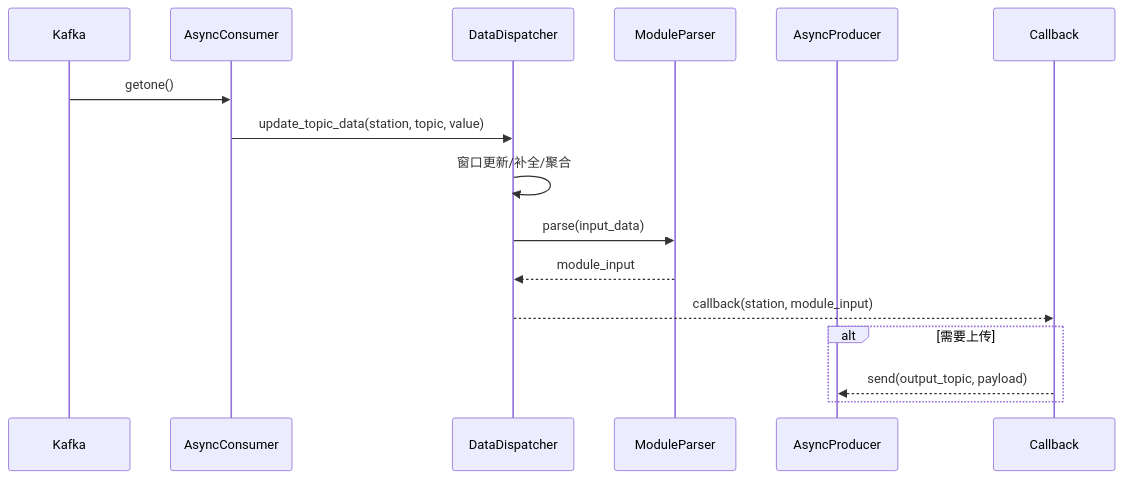
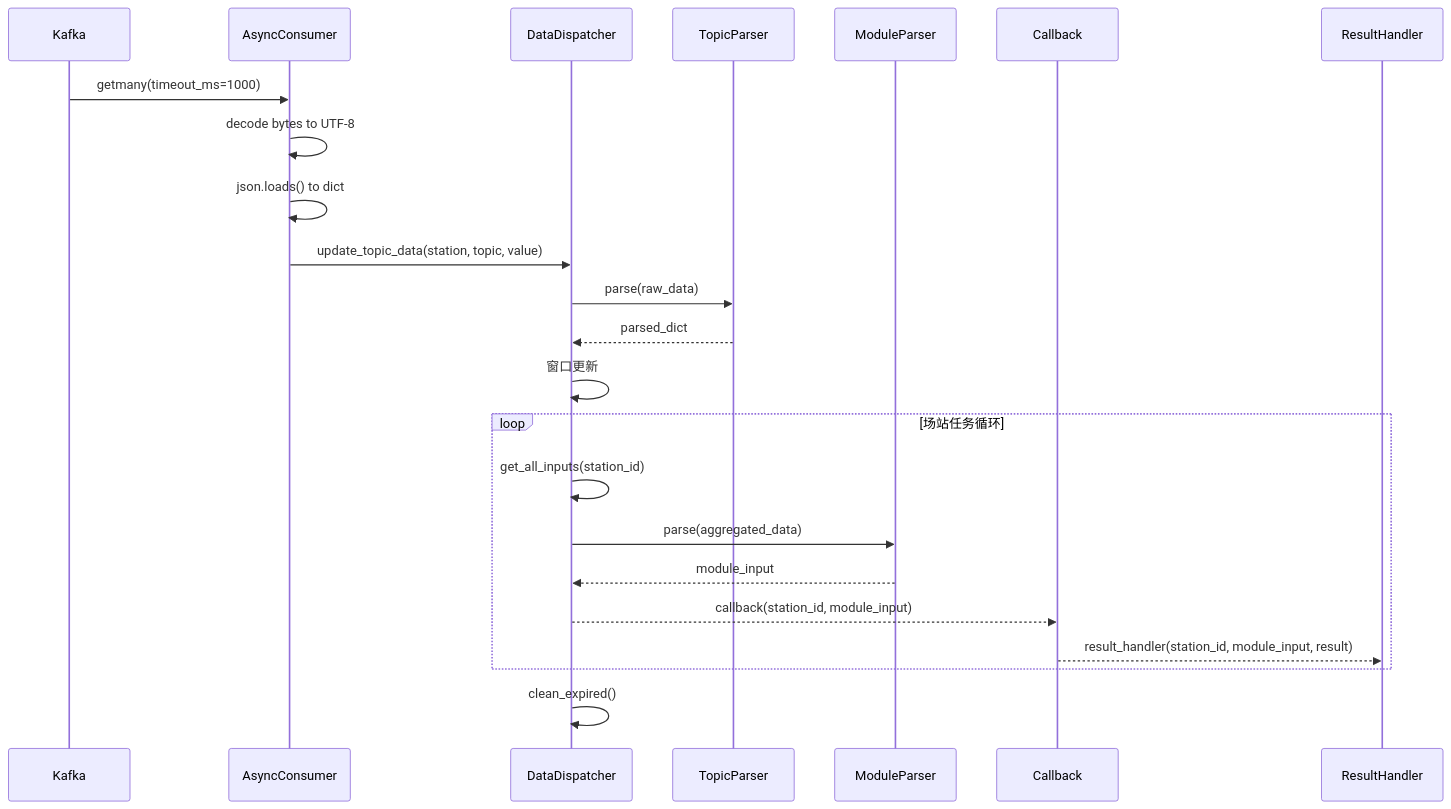
One commit to fenwickxie/data_analysis changed the diagram in d_a/doc/ALGORITHM_DESIGN_SPEC.md. Above: the diagram before and after it, drawn with Mermaid. The commit also changed other lines of this file and 12 other files, not shown here.

Commit message:
uniform topic parser

````diff
--- a/d_a/doc/ALGORITHM_DESIGN_SPEC.md
+++ b/d_a/doc/ALGORITHM_DESIGN_SPEC.md
@@ -43,19 +59,26 @@
 ```mermaid
 sequenceDiagram
     participant K as Kafka
     participant C as AsyncConsumer
     participant D as DataDispatcher
-    participant M as ModuleParser
-    participant P as AsyncProducer
+    participant TP as TopicParser
+    participant MP as ModuleParser
     participant CB as Callback
+    participant RH as ResultHandler
 
-    K->>C: getone()
+    K->>C: getmany(timeout_ms=1000)
+    C->>C: decode bytes to UTF-8
+    C->>C: json.loads() to dict
     C->>D: update_topic_data(station, topic, value)
-    D->>D: 窗口更新/补全/聚合
-    D->>M: parse(input_data)
-    M-->>D: module_input
-    D-->>CB: callback(station, module_input)
-    alt 需要上传
-        CB-->>P: send(output_topic, payload)
+    D->>TP: parse(raw_data)
+    TP-->>D: parsed_dict
+    D->>D: 窗口更新
+    loop 场站任务循环
+        D->>D: get_all_inputs(station_id)
+        D->>MP: parse(aggregated_data)
+        MP-->>D: module_input
+        D-->>CB: callback(station_id, module_input)
+        CB-->>RH: result_handler(station_id, module_input, result)
     end
+    D->>D: clean_expired()
 ```
````
